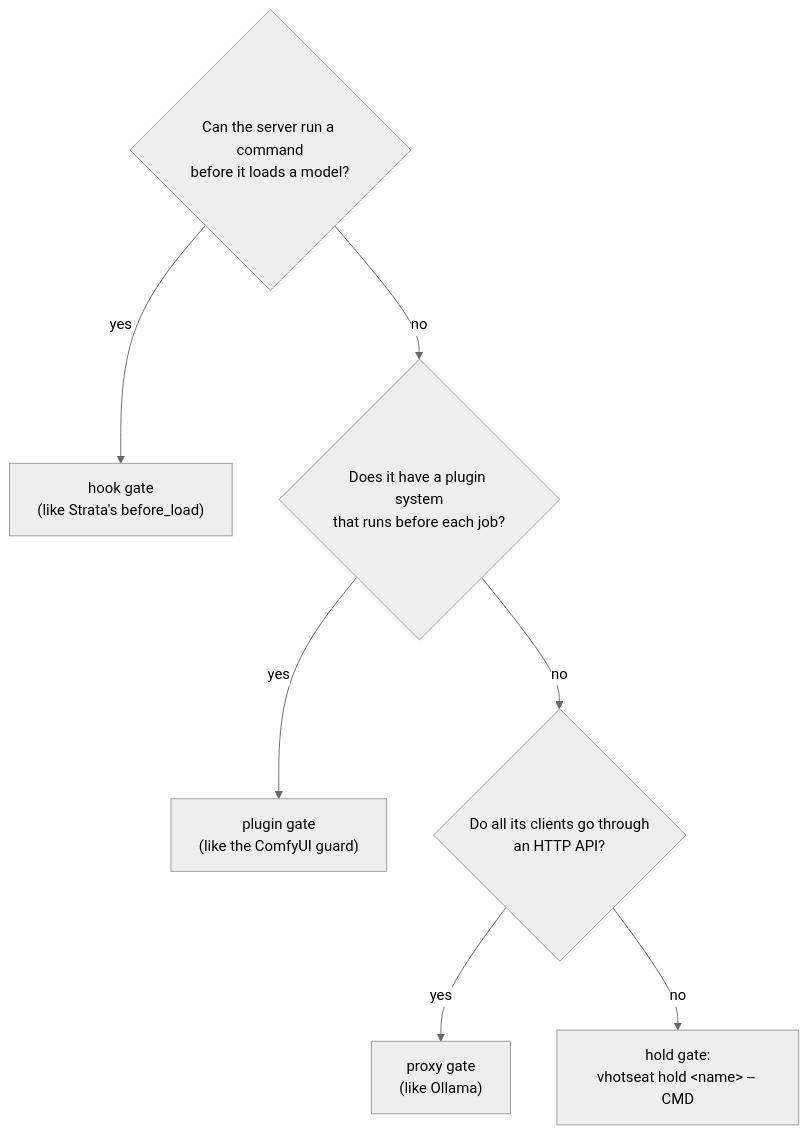
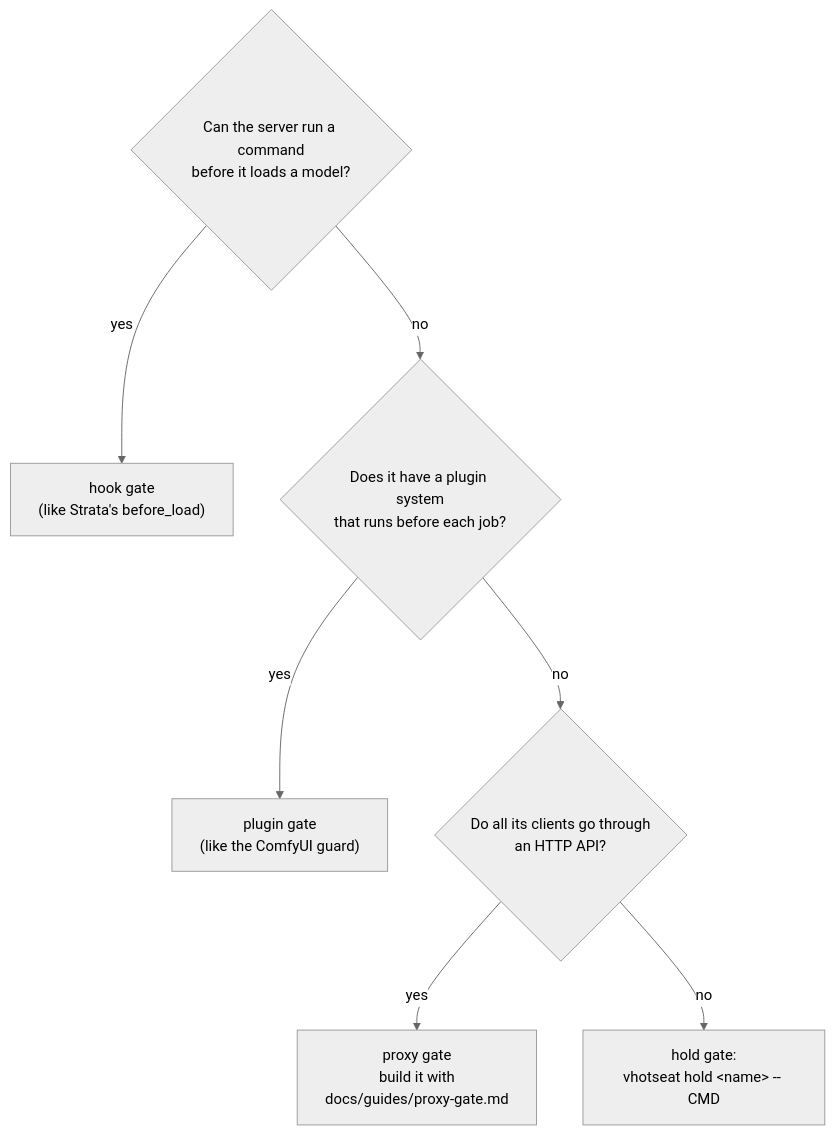
One commit to wandermyz/wandering-vibe changed the fifth of 5 diagrams in gpu-workload/docs/plans/2026-10-14-vhotseat.md. Above: the diagram before and after it, drawn with Mermaid (neutral theme). The commit also changed other lines of this file, not shown here.

First line of the commit message:
gpu-workload: no proxy or serve in vhotseat v1; ship a build guide

````diff
--- a/gpu-workload/docs/plans/2026-10-14-vhotseat.md
+++ b/gpu-workload/docs/plans/2026-10-14-vhotseat.md
@@ -501,9 +570,9 @@
 ```mermaid
 flowchart TD
     q1{"Can the server run a command<br/>before it loads a model?"} -- yes --> hook["hook gate<br/>(like Strata's before_load)"]
     q1 -- no --> q2{"Does it have a plugin system<br/>that runs before each job?"}
     q2 -- yes --> plugin["plugin gate<br/>(like the ComfyUI guard)"]
     q2 -- no --> q3{"Do all its clients go through<br/>an HTTP API?"}
-    q3 -- yes --> proxy["proxy gate<br/>(like Ollama)"]
+    q3 -- yes --> proxy["proxy gate<br/>build it with<br/>docs/guides/proxy-gate.md"]
     q3 -- no --> hold["hold gate:<br/>vhotseat hold &lt;name&gt; -- CMD"]
 ```
````
